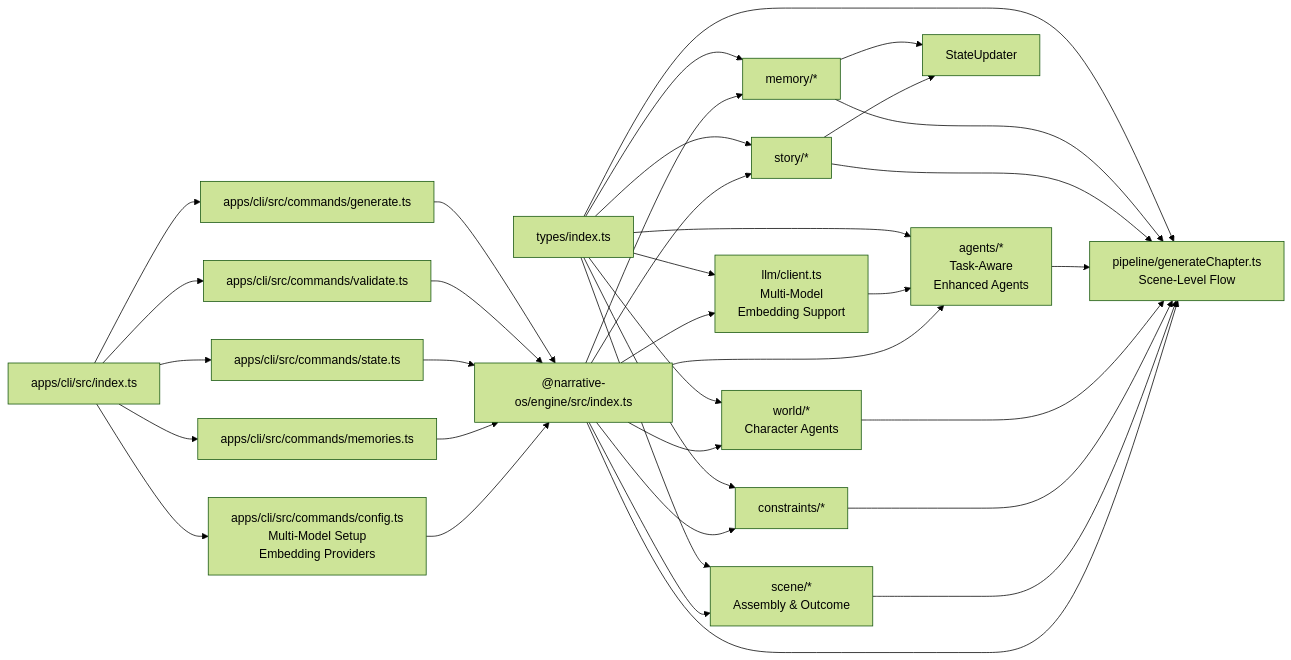
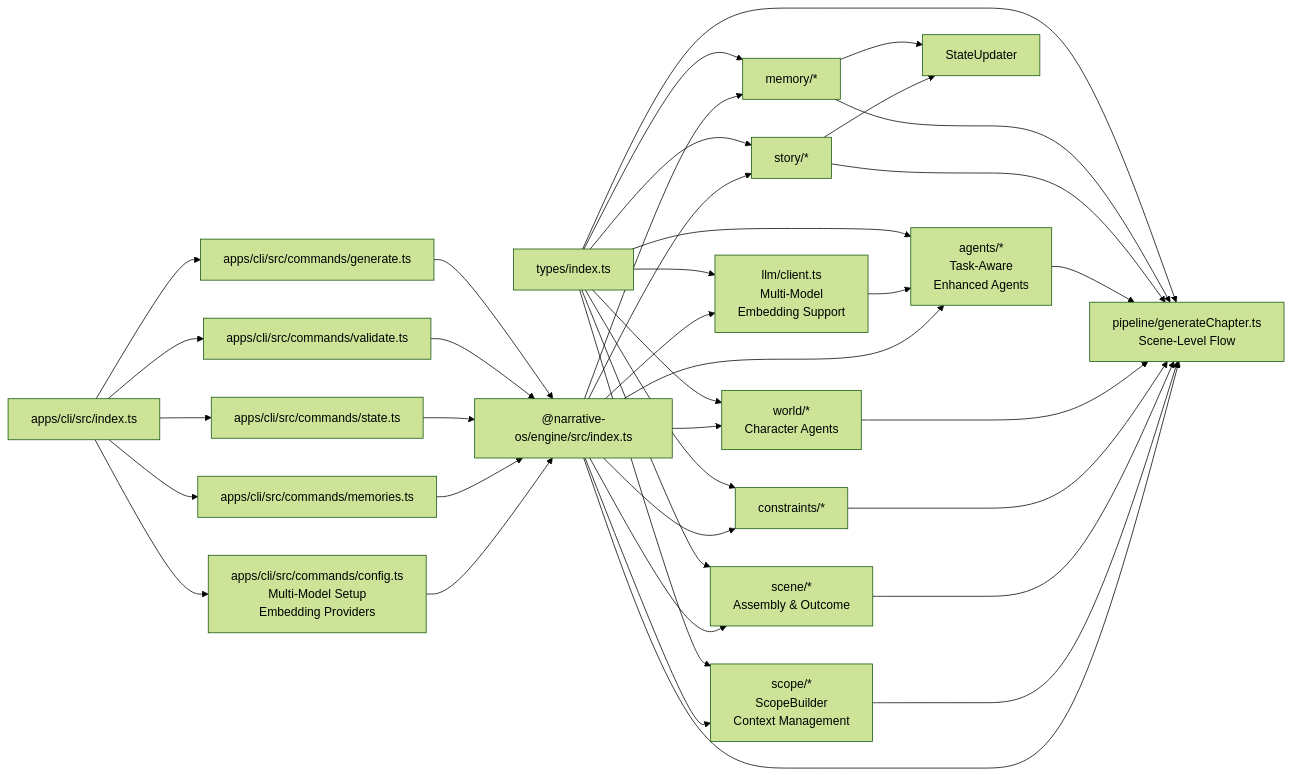
Before and after one commit to liwonder/NARRITIVE_OS: diagram 12 of 12 in .qoder/repowiki/en/content/Engine Architecture/Engine Architecture.md, drawn with Mermaid (forest theme). The commit also changed other lines of this file and 22 other files, not shown here.

````diff
--- a/.qoder/repowiki/en/content/Engine Architecture/Engine Architecture.md
+++ b/.qoder/repowiki/en/content/Engine Architecture/Engine Architecture.md
@@ -838,38 +942,41 @@
 ```mermaid
 graph LR
 Types["types/index.ts"] --> LLM["llm/client.ts<br/>Multi-Model<br/>Embedding Support"]
 Types --> Memory["memory/*"]
 Types --> Pipeline["pipeline/generateChapter.ts<br/>Scene-Level Flow"]
 Types --> Story["story/*"]
 Types --> Agents["agents/*<br/>Task-Aware<br/>Enhanced Agents"]
 Types --> World["world/*<br/>Character Agents"]
+Types --> Scope["scope/*<br/>ScopeBuilder<br/>Context Management"]
 Types --> Constraints["constraints/*"]
 Types --> Scene["scene/*<br/>Assembly & Outcome"]
 LLM --> Agents
 Memory --> Pipeline
 Memory --> StateUpdater
 Story --> Pipeline
 Story --> StateUpdater
 Agents --> Pipeline
 World --> Pipeline
 Constraints --> Pipeline
 Scene --> Pipeline
+Scope --> Pipeline
 CLI_Index["apps/cli/src/index.ts"] --> CLI_Gen["apps/cli/src/commands/generate.ts"]
 CLI_Index --> CLI_Validate["apps/cli/src/commands/validate.ts"]
 CLI_Index --> CLI_State["apps/cli/src/commands/state.ts"]
 CLI_Index --> CLI_Memories["apps/cli/src/commands/memories.ts"]
 CLI_Index --> CLI_Config["apps/cli/src/commands/config.ts<br/>Multi-Model Setup<br/>Embedding Providers"]
 CLI_Gen --> Engine_Index["@narrative-os/engine/src/index.ts"]
 CLI_Validate --> Engine_Index
 CLI_State --> Engine_Index
 CLI_Memories --> Engine_Index
 CLI_Config --> Engine_Index
 Engine_Index --> Pipeline
 Engine_Index --> Agents
 Engine_Index --> Memory
 Engine_Index --> Story
 Engine_Index --> LLM
 Engine_Index --> World
+Engine_Index --> Scope
 Engine_Index --> Constraints
 Engine_Index --> Scene
 ```
````
